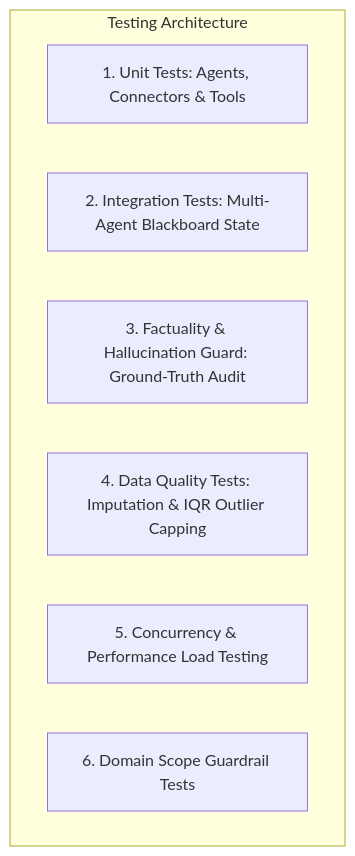
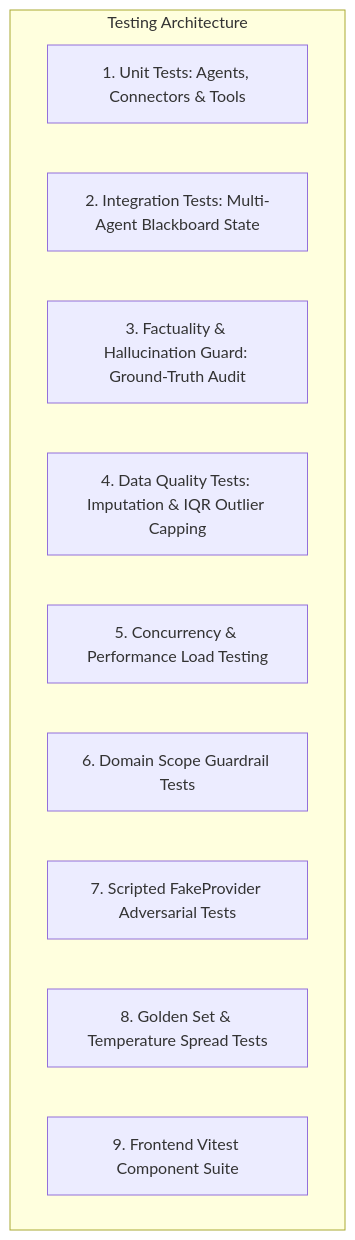
Before and after one commit to RohitKrSrivastava/Agentic-Policy-Analytics: the first of 2 diagrams in TESTING.md, drawn with Mermaid. The commit also changed other lines of this file and 29 other files, not shown here.

````diff
--- a/TESTING.md
+++ b/TESTING.md
@@ -13,11 +13,14 @@
 ```mermaid
 flowchart TD
     subgraph Testing_Layers [Testing Architecture]
         U["1. Unit Tests: Agents, Connectors & Tools"]
         I["2. Integration Tests: Multi-Agent Blackboard State"]
         H["3. Factuality & Hallucination Guard: Ground-Truth Audit"]
         Q["4. Data Quality Tests: Imputation & IQR Outlier Capping"]
         P["5. Concurrency & Performance Load Testing"]
         G["6. Domain Scope Guardrail Tests"]
+        F["7. Scripted FakeProvider Adversarial Tests"]
+        L["8. Golden Set & Temperature Spread Tests"]
+        V["9. Frontend Vitest Component Suite"]
     end
 ```
````
